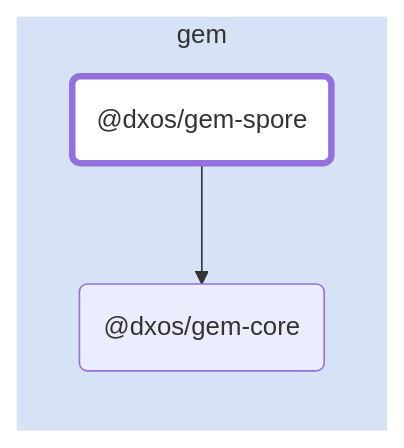
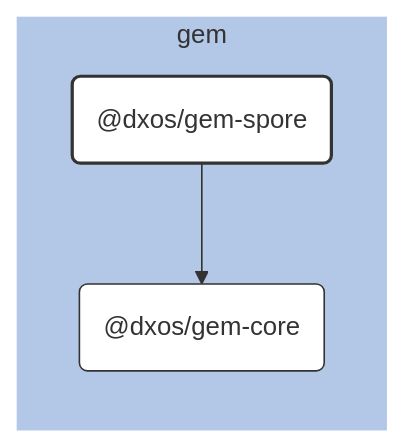
The diagram in packages/gem/gem-spore/docs/README.md (dxos/dxos), drawn with Mermaid before and after one commit. The commit also changed 69 other files, not shown here.

````diff
--- a/packages/gem/gem-spore/docs/README.md
+++ b/packages/gem/gem-spore/docs/README.md
@@ -7,15 +7,29 @@
 ```mermaid
-flowchart LR;
+%%{ init: {'flowchart':{'curve':'basis'}} }%%
 
-style dxos/gem-spore fill:#fff,stroke-width:4px;
+flowchart LR
 
-click dxos/gem-core "https:/github.com/dxos/dxos/tree/main/packages/gem/gem-core/docs";
+%% Links
+dxos/gem-spore --> dxos/gem-core;
 
+%% Sections
 subgraph gem
-  style gem fill:#d6e2f5,stroke:#fff;
-  dxos/gem-spore("@dxos/gem-spore");
-  dxos/gem-core("@dxos/gem-core");
+  style gem fill:#b3c7e6,stroke:#fff;
+
+  dxos/gem-core("@dxos/gem-core")
+  dxos/gem-spore("@dxos/gem-spore")
 end
 
-dxos/gem-spore --> dxos/gem-core;
+
+%% Hyperlinks
+click dxos/gem-core "dxos/dxos/tree/main/packages/gem/gem-core/docs";
+
+%% Styles
+classDef rootNode fill:#fff,stroke:#333,stroke-width:2px
+classDef defaultNode fill:#fff,stroke:#333,stroke-width:1px
+linkStyle default stroke:#333,stroke-width:1px
+
+dxos/gem-spore:::rootNode
+
+dxos/gem-core:::defaultNode
 ```
````
